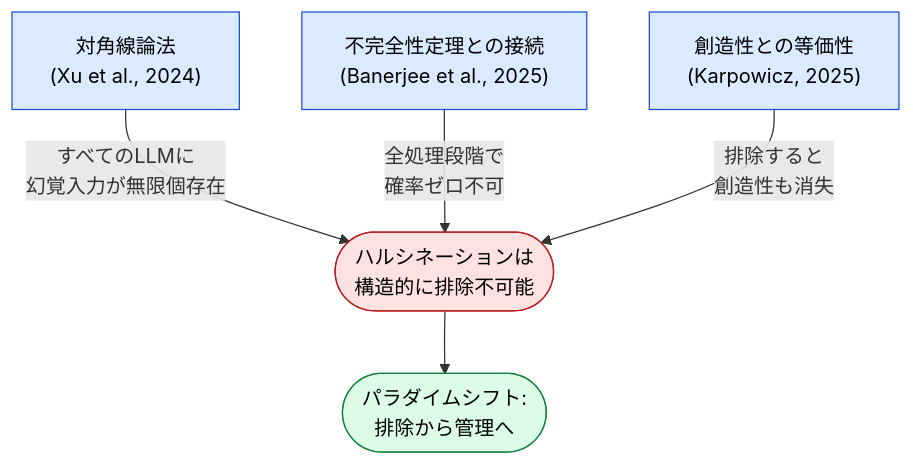
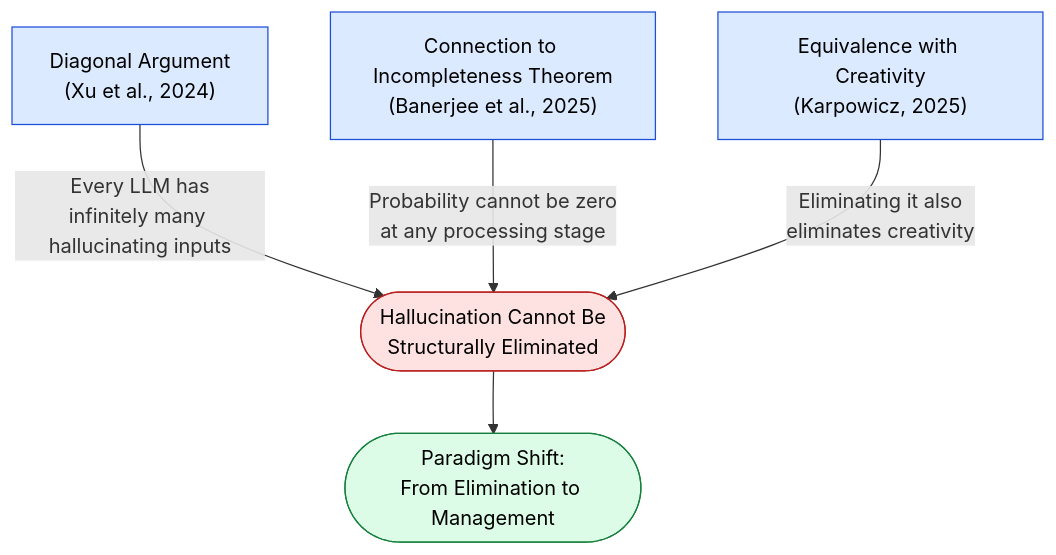
Before and after one commit to shuji-bonji/understanding-llm-through-claude-code: the diagram in docs/01-llm-structural-problems/hallucination.md, drawn with Mermaid. The commit also changed other lines of this file and 100 other files, not shown here.

````diff
--- a/docs/01-llm-structural-problems/hallucination.md
+++ b/docs/01-llm-structural-problems/hallucination.md
@@ -14,19 +15,19 @@
 ```mermaid
 graph TD
-    A["対角線論法<br>(Xu et al., 2024)"]
-    B["不完全性定理との接続<br>(Banerjee et al., 2025)"]
-    C["創造性との等価性<br>(Karpowicz, 2025)"]
-    D(["ハルシネーションは<br>構造的に排除不可能"])
-    E(["パラダイムシフト:<br>排除から管理へ"])
+    A["Diagonal Argument<br>(Xu et al., 2024)"]
+    B["Connection to Incompleteness Theorem<br>(Banerjee et al., 2025)"]
+    C["Equivalence with Creativity<br>(Karpowicz, 2025)"]
+    D(["Hallucination Cannot Be<br>Structurally Eliminated"])
+    E(["Paradigm Shift:<br>From Elimination to Management"])
 
-    A -->|"すべてのLLMに<br>幻覚入力が無限個存在"| D
-    B -->|"全処理段階で<br>確率ゼロ不可"| D
-    C -->|"排除すると<br>創造性も消失"| D
+    A -->|"Every LLM has<br>infinitely many hallucinating inputs"| D
+    B -->|"Probability cannot be zero<br>at any processing stage"| D
+    C -->|"Eliminating it also<br>eliminates creativity"| D
     D --> E
 
     style A fill:#dbeafe,stroke:#1d4ed8,color:#000
     style B fill:#dbeafe,stroke:#1d4ed8,color:#000
     style C fill:#dbeafe,stroke:#1d4ed8,color:#000
     style D fill:#fee2e2,stroke:#b91c1c,color:#000
     style E fill:#dcfce7,stroke:#15803d,color:#000
 ```
````
